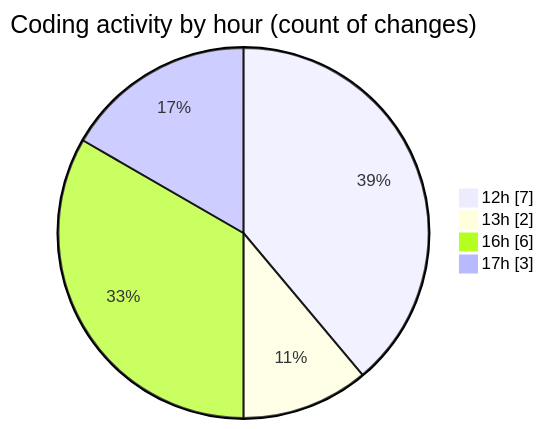
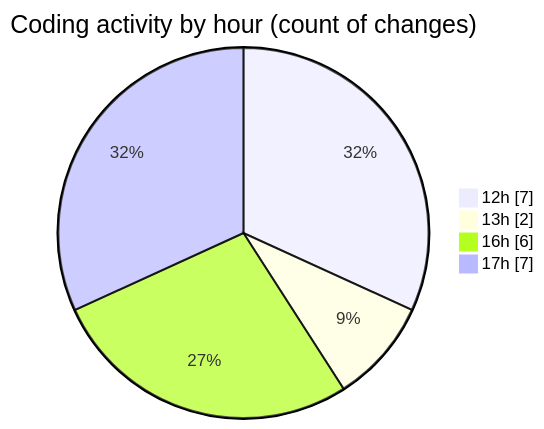
The second of 2 diagrams in 2026-01-09/nxtqube_webapp/README.md (nxtqubesakshisongat/code-tracking), drawn with Mermaid before and after one commit. The commit also changed other lines of this file and 1 other file, not shown here.

````diff
--- a/2026-01-09/nxtqube_webapp/README.md
+++ b/2026-01-09/nxtqube_webapp/README.md
@@ -33,8 +34,8 @@
 ```mermaid
 pie showData
 title Coding activity by hour (count of changes)
 "12h" : 7
 "13h" : 2
 "16h" : 6
-"17h" : 3
+"17h" : 7
 ```
````
